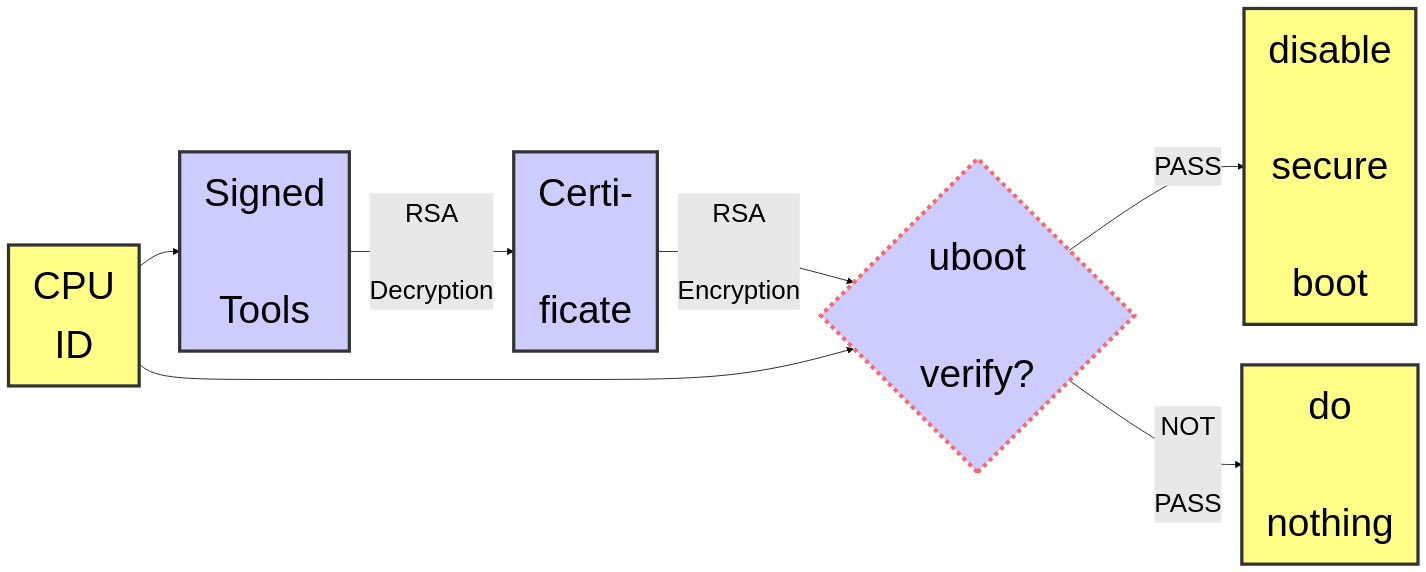
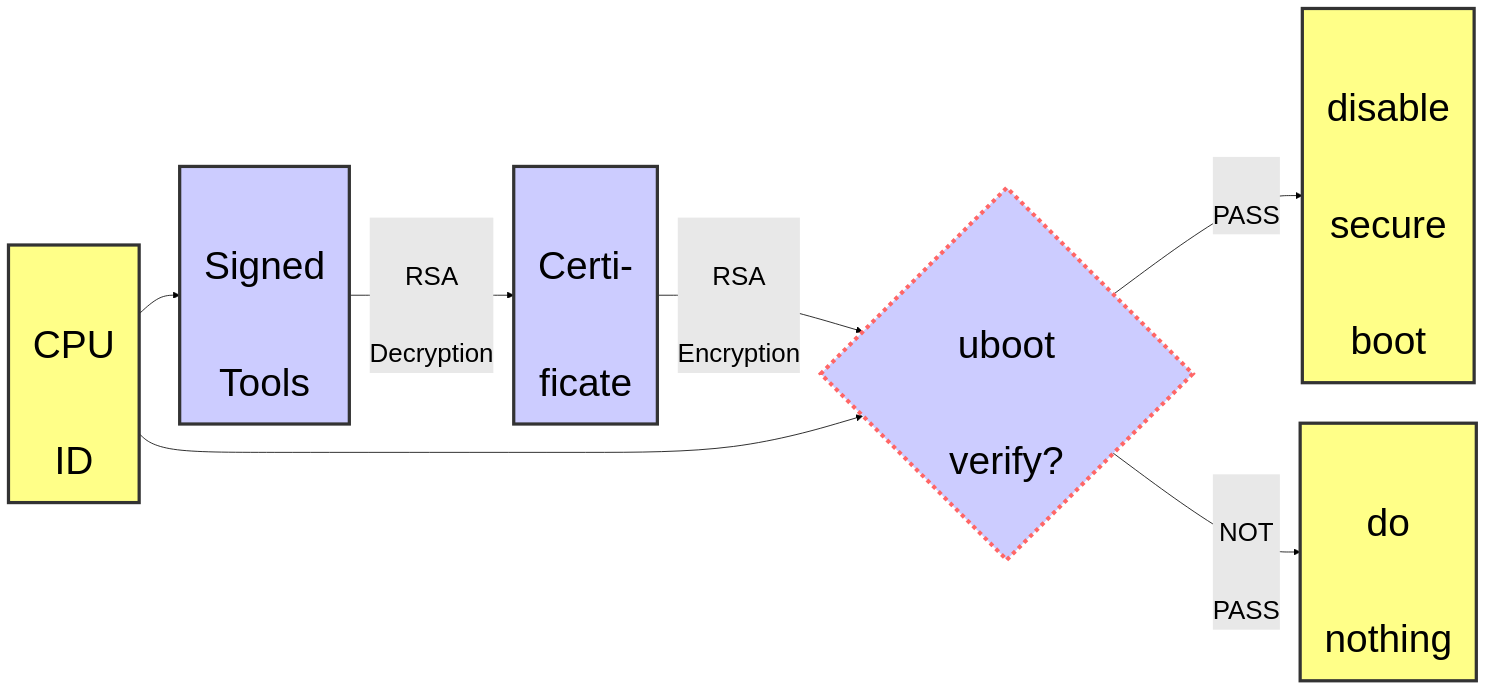
Before and after one commit to mfkiwl/rk-open-docs: the diagram in NVM/Rockchip_Developer_Guide_Secure_Boot_Application_Note_EN.md, drawn with Mermaid (forest theme). The commit also changed other lines of this file and 4 other files, not shown here.

Commit message:
NVM: Secure Boot: fix some error

````diff
--- a/NVM/Rockchip_Developer_Guide_Secure_Boot_Application_Note_EN.md
+++ b/NVM/Rockchip_Developer_Guide_Secure_Boot_Application_Note_EN.md
@@ -612,15 +638,15 @@
 ```mermaid
 graph LR
-    cpuid[<font size=8>CPU<br>ID]-->signed[<font size=8>Signed<br><br>Tools]
-    signed--<font size=6>RSA<br><br>Decryption-->certificate[<font size=8>Certi-<br><br>ficate]
-    certificate--<font size=6>RSA<br><br>Encryption-->verify{<font size=8>uboot<br><br>verify?}
+    cpuid[<font size=8><br>CPU<br><br>ID]-->signed[<font size=8><br>Signed<br><br>Tools]
+    signed--<font size=6><br>RSA<br><br>Decryption-->certificate[<font size=8><br>Certi-<br><br>ficate]
+    certificate--<font size=6><br>RSA<br><br>Encryption-->verify{<font size=8><br>uboot<br><br>verify?<br>}
     cpuid-->verify
-    verify--<font size=6>PASS-->disable[<font size=8>disable<br><br>secure<br><br>boot]
-    verify--<font size=6>NOT<br><br>PASS-->do_nothing[<font size=8>do<br><br>nothing]
+    verify--<font size=6><br>PASS-->disable[<font size=8><br>disable<br><br>secure<br><br>boot<br>]
+    verify--<font size=6><br>NOT<br><br>PASS-->do_nothing[<font size=8><br>do<br><br>nothing<br>]
     style cpuid fill:#ff8,stroke:#333,stroke-width:4px;
     style signed fill:#ccf,stroke:#333,stroke-width:4px;
     style certificate fill:#ccf,stroke:#333,stroke-width:4px;
     style disable fill:#ff8,stroke:#333,stroke-width:4px;
     style do_nothing fill:#ff8,stroke:#333,stroke-width:4px;
     style verify fill:#ccf,stroke:#f66,stroke-width:5px,stroke-dasharray:5,5;
 ```
````
